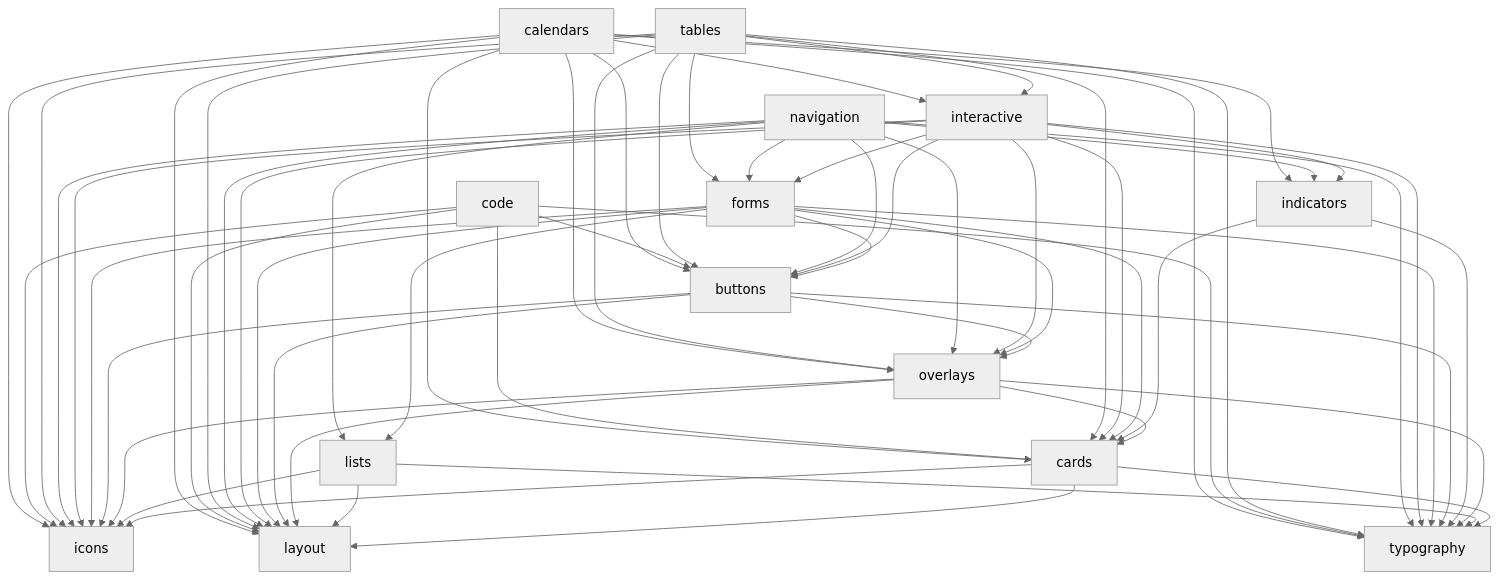
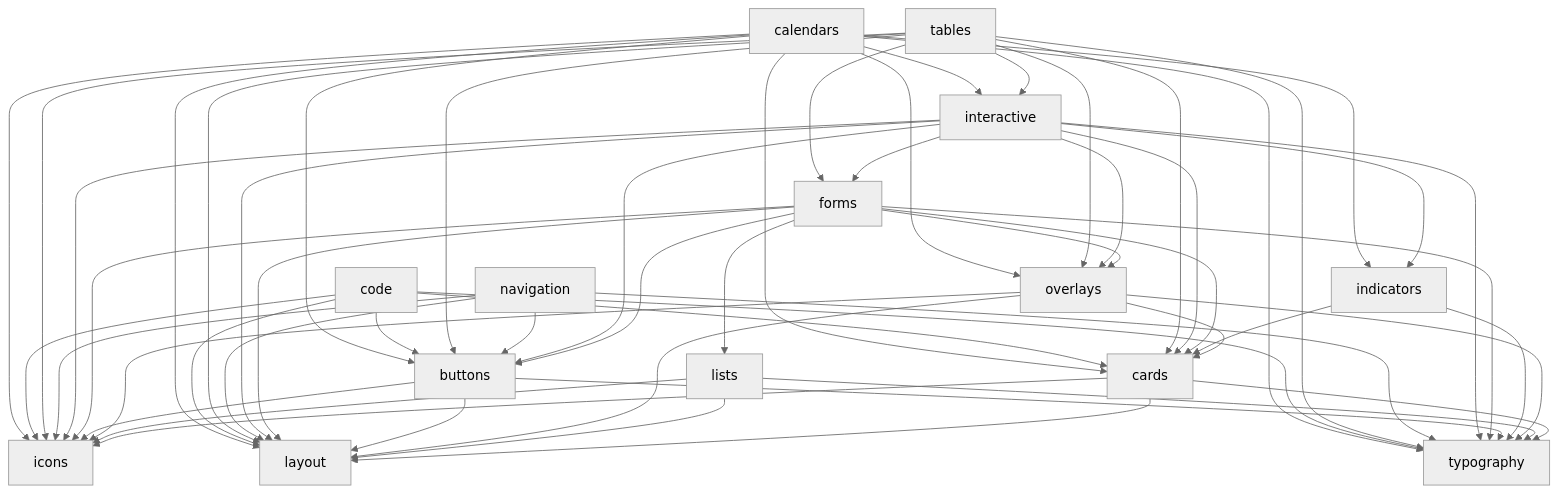
Before and after one commit to uiid-systems/design-system: the diagram in docs/architecture/component-dependency-graph.md, drawn with Mermaid (neutral theme). The commit also changed other lines of this file and 1 other file, not shown here.

First line of the commit message:
docs(repo): correct dependency graph and strengthen chapter pointers

````diff
--- a/docs/architecture/component-dependency-graph.md
+++ b/docs/architecture/component-dependency-graph.md
@@ -12,37 +12,37 @@
 ```mermaid
 graph TD
   icons[icons]
   typography[typography]
   layout[layout]
   cards[cards]
   overlays[overlays]
   buttons[buttons]
   indicators[indicators]
   lists[lists]
   forms[forms]
   interactive[interactive]
   navigation[navigation]
   tables[tables]
   code[code]
   calendars[calendars]
 
   cards --> icons & layout & typography
   lists --> icons & layout & typography
 
   overlays --> cards & icons & layout & typography
   indicators --> cards & typography
 
-  buttons --> icons & layout & overlays & typography
+  buttons --> icons & layout & typography
 
   forms --> buttons & cards & icons & layout & lists & overlays & typography
 
   interactive --> buttons & cards & forms & icons & indicators & layout & overlays & typography
 
-  navigation --> buttons & forms & icons & indicators & layout & lists & overlays & typography
+  navigation --> buttons & icons & layout & typography
 
   tables --> buttons & cards & forms & icons & interactive & layout & overlays & typography
 
   code --> buttons & cards & icons & layout & typography
 
   calendars --> buttons & cards & icons & indicators & interactive & layout & overlays & typography
 ```
````
